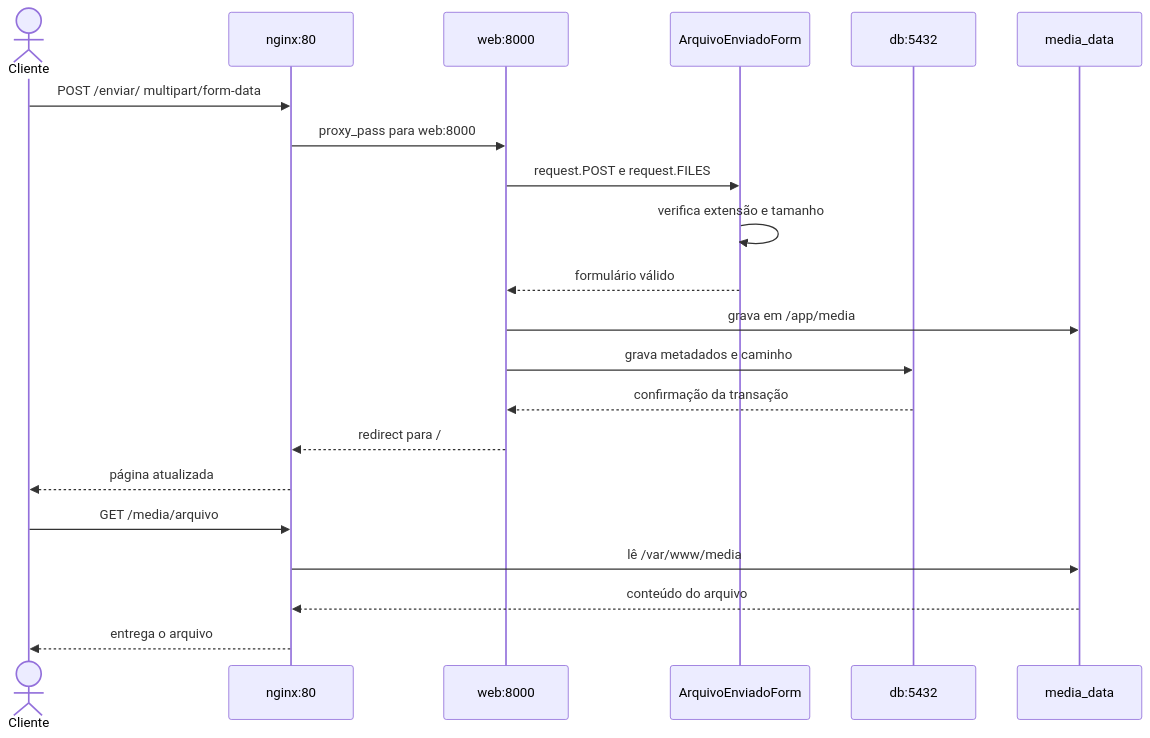
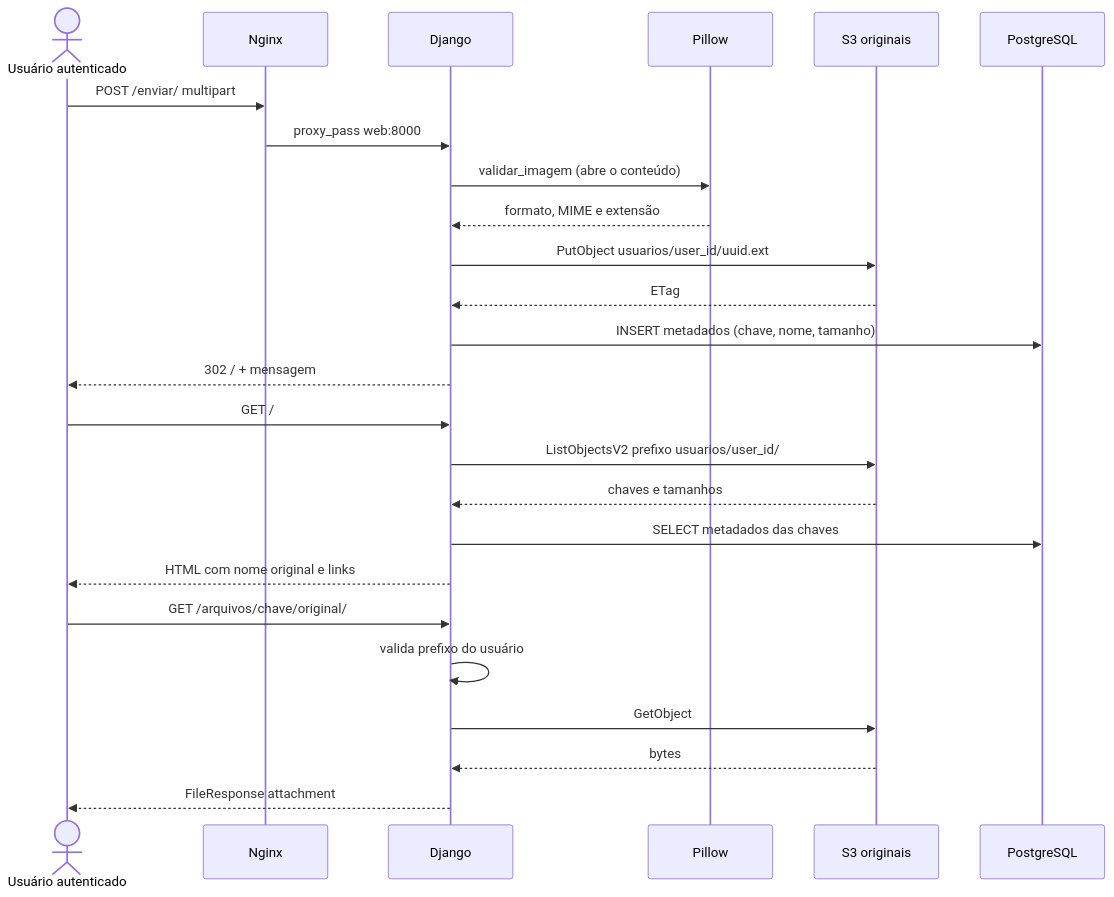
Before and after one commit to analaress/django-upload-docker: the sixth of 8 diagrams in docs/arquitetura.md, drawn with Mermaid. The commit also changed other lines of this file and 37 other files, not shown here.

````diff
--- a/docs/arquitetura.md
+++ b/docs/arquitetura.md
@@ -94,24 +259,28 @@
 ```mermaid
 sequenceDiagram
-    actor Cliente
-    participant Nginx as nginx:80
-    participant Django as web:8000
-    participant Form as ArquivoEnviadoForm
-    participant Banco as db:5432
-    participant Volume as media_data
+    actor U as Usuário autenticado
+    participant N as Nginx
+    participant D as Django
+    participant V as Pillow
+    participant S as S3 originais
+    participant P as PostgreSQL
 
-    Cliente->>Nginx: POST /enviar/ multipart/form-data
-    Nginx->>Django: proxy_pass para web:8000
-    Django->>Form: request.POST e request.FILES
-    Form->>Form: verifica extensão e tamanho
-    Form-->>Django: formulário válido
-    Django->>Volume: grava em /app/media
-    Django->>Banco: grava metadados e caminho
-    Banco-->>Django: confirmação da transação
-    Django-->>Nginx: redirect para /
-    Nginx-->>Cliente: página atualizada
-    Cliente->>Nginx: GET /media/arquivo
-    Nginx->>Volume: lê /var/www/media
-    Volume-->>Nginx: conteúdo do arquivo
-    Nginx-->>Cliente: entrega o arquivo
+    U->>N: POST /enviar/ multipart
+    N->>D: proxy_pass web:8000
+    D->>V: validar_imagem (abre o conteúdo)
+    V-->>D: formato, MIME e extensão
+    D->>S: PutObject usuarios/user_id/uuid.ext
+    S-->>D: ETag
+    D->>P: INSERT metadados (chave, nome, tamanho)
+    D-->>U: 302 / + mensagem
+    U->>D: GET /
+    D->>S: ListObjectsV2 prefixo usuarios/user_id/
+    S-->>D: chaves e tamanhos
+    D->>P: SELECT metadados das chaves
+    D-->>U: HTML com nome original e links
+    U->>D: GET /arquivos/chave/original/
+    D->>D: valida prefixo do usuário
+    D->>S: GetObject
+    S-->>D: bytes
+    D-->>U: FileResponse attachment
 ```
````
